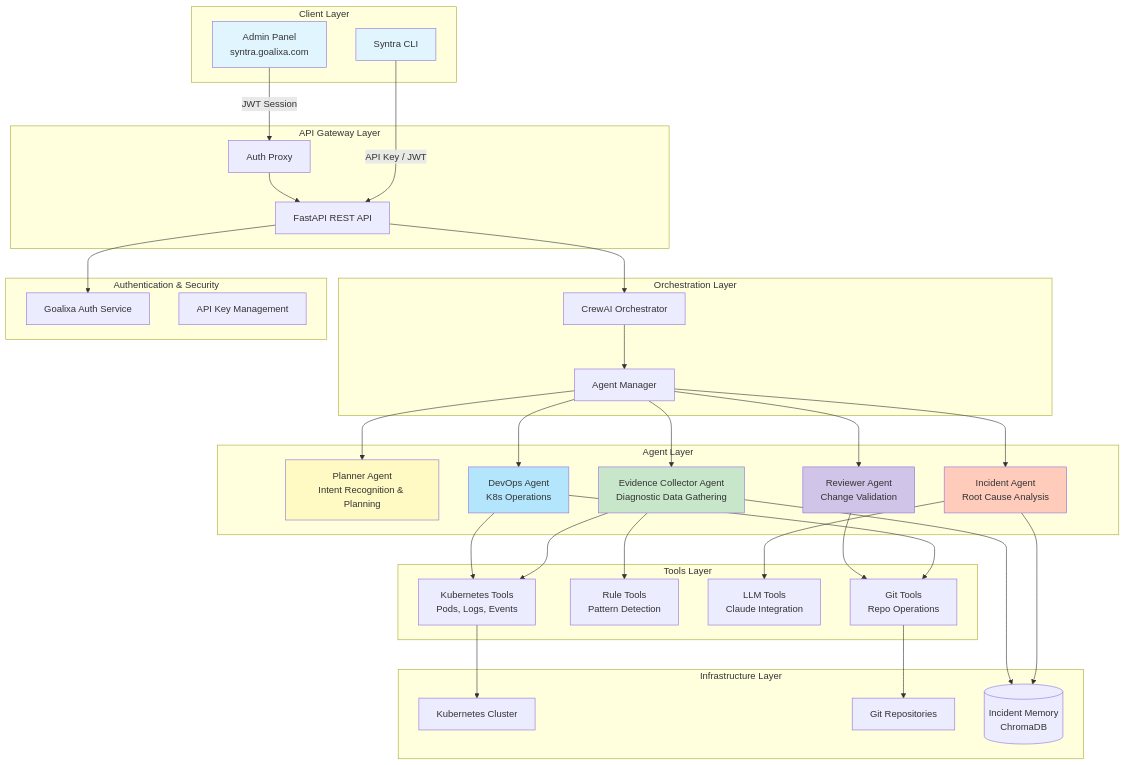
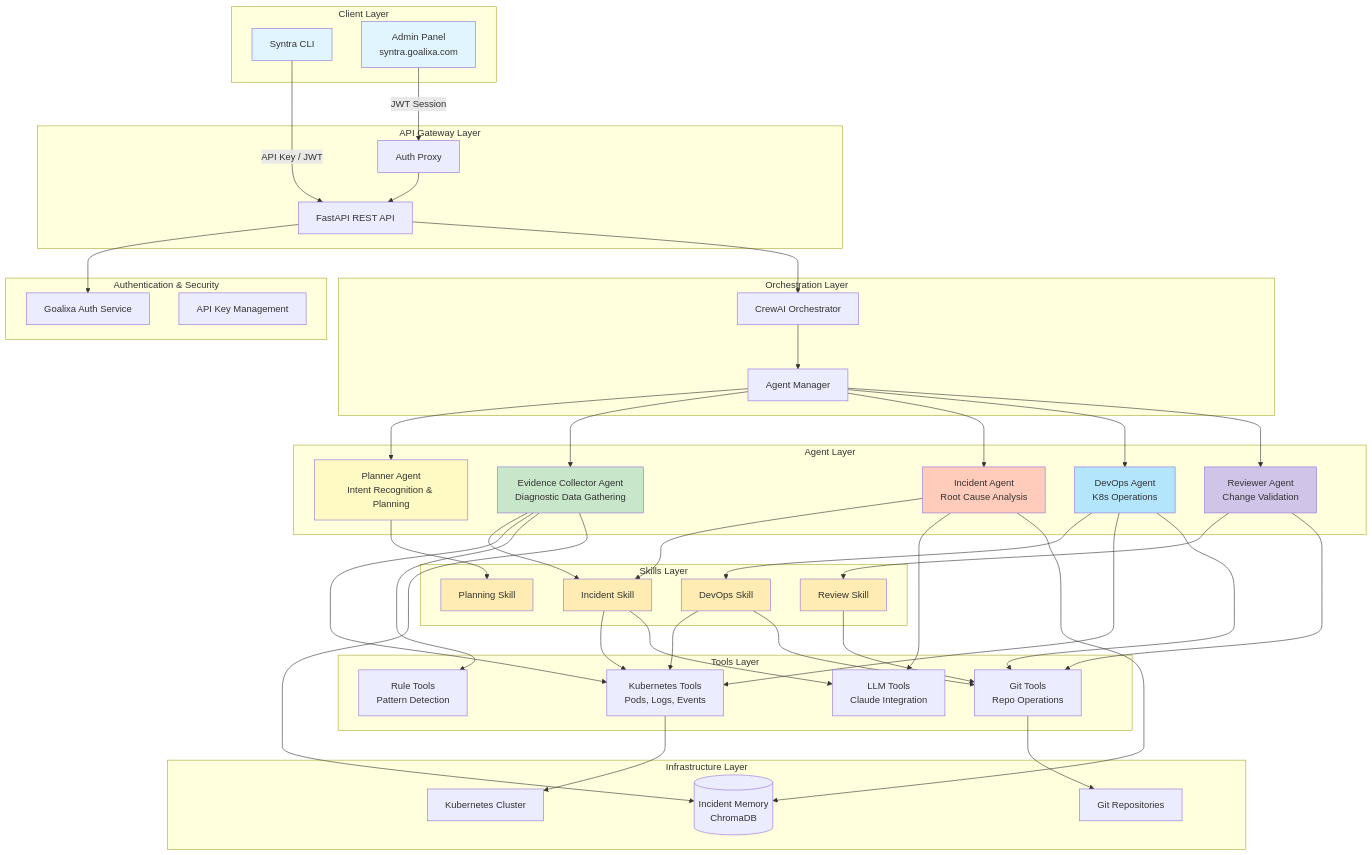
The first of 10 diagrams in posts/ai/syntra-architecture.md (goalixa/goalixa.github.io), drawn with Mermaid before and after one commit. The commit also changed other lines of this file and 25 other files, not shown here.

```diff
--- a/posts/ai/syntra-architecture.md
+++ b/posts/ai/syntra-architecture.md
@@ -43,6 +43,13 @@
         AgentManager[Agent Manager]
     end
 
+    subgraph "Skills Layer"
+        DevopsSkill[DevOps Skill]
+        IncidentSkill[Incident Skill]
+        ReviewSkill[Review Skill]
+        PlanningSkill[Planning Skill]
+    end
+
     subgraph "Agent Layer"
         Planner[Planner Agent<br/>Intent Recognition & Planning]
         Evidence[Evidence Collector Agent<br/>Diagnostic Data Gathering]
@@ -57,6 +64,12 @@
         LLMTools[LLM Tools<br/>Claude Integration]
         GitTools[Git Tools<br/>Repo Operations]
     end
+
+    Planner --> PlanningSkill
+    Evidence --> IncidentSkill
+    Incident --> IncidentSkill
+    DevOps --> DevopsSkill
+    Reviewer --> ReviewSkill
 
     subgraph "Infrastructure Layer"
         K8s[Kubernetes Cluster]
@@ -82,6 +95,12 @@
     AgentManager --> DevOps
     AgentManager --> Reviewer
 
+    DevopsSkill --> K8sTools
+    DevopsSkill --> GitTools
+    IncidentSkill --> K8sTools
+    IncidentSkill --> LLMTools
+    ReviewSkill --> GitTools
+
     Evidence --> K8sTools
     Evidence --> RuleTools
     Incident --> LLMTools
@@ -96,6 +115,10 @@
 
     style CLI fill:#e1f5fe
     style Web fill:#e1f5fe
+    style DevopsSkill fill:#ffecb3
+    style IncidentSkill fill:#ffecb3
+    style ReviewSkill fill:#ffecb3
+    style PlanningSkill fill:#ffecb3
     style Planner fill:#fff9c4
     style Evidence fill:#c8e6c9
     style Incident fill:#ffccbc
```
